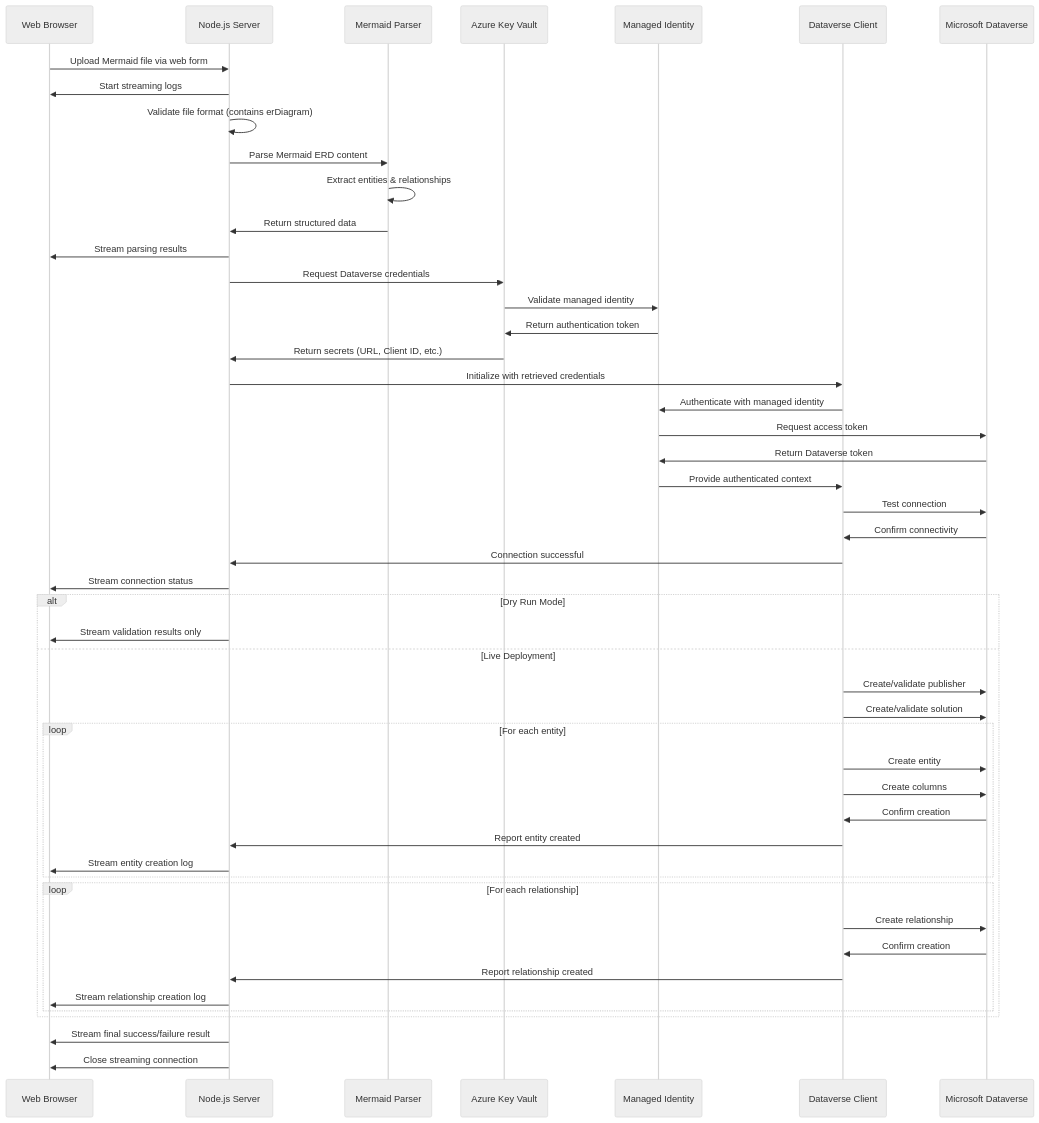
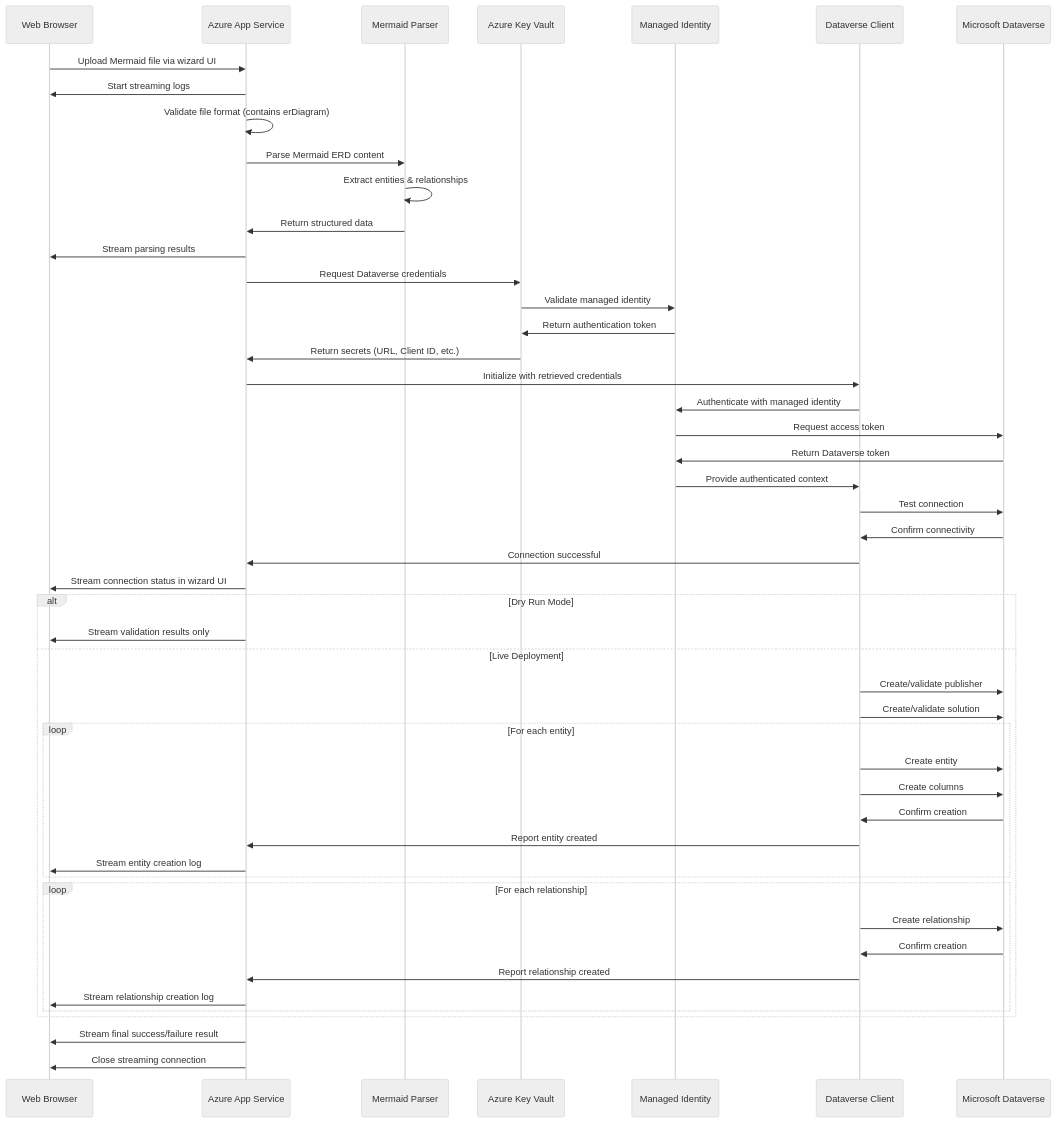
Before and after one commit to LuiseFreese/mermaid: the fifth of 6 diagrams in docs/DEVELOPER_ARCHITECTURE.md, drawn with Mermaid (neutral theme). The commit also changed other lines of this file and 15 other files, not shown here.

````diff
--- a/docs/DEVELOPER_ARCHITECTURE.md
+++ b/docs/DEVELOPER_ARCHITECTURE.md
@@ -555,59 +527,59 @@
 ```mermaid
 sequenceDiagram
     participant User as Web Browser
-    participant Server as Node.js Server
+    participant Server as Azure App Service
     participant Parser as Mermaid Parser
     participant KeyVault as Azure Key Vault
     participant MI as Managed Identity
     participant Client as Dataverse Client
     participant Dataverse as Microsoft Dataverse
 
-    User->>Server: Upload Mermaid file via web form
+    User->>Server: Upload Mermaid file via wizard UI
     Server->>User: Start streaming logs
     Server->>Server: Validate file format (contains erDiagram)
     Server->>Parser: Parse Mermaid ERD content
     Parser->>Parser: Extract entities & relationships
     Parser->>Server: Return structured data
     Server->>User: Stream parsing results
     
     Server->>KeyVault: Request Dataverse credentials
     KeyVault->>MI: Validate managed identity
     MI->>KeyVault: Return authentication token
     KeyVault->>Server: Return secrets (URL, Client ID, etc.)
     
     Server->>Client: Initialize with retrieved credentials
     Client->>MI: Authenticate with managed identity
     MI->>Dataverse: Request access token
     Dataverse->>MI: Return Dataverse token
     MI->>Client: Provide authenticated context
     
     Client->>Dataverse: Test connection
     Dataverse->>Client: Confirm connectivity
     Client->>Server: Connection successful
-    Server->>User: Stream connection status
+    Server->>User: Stream connection status in wizard UI
     
     alt Dry Run Mode
         Server->>User: Stream validation results only
     else Live Deployment
         Client->>Dataverse: Create/validate publisher
         Client->>Dataverse: Create/validate solution
         
         loop For each entity
             Client->>Dataverse: Create entity
             Client->>Dataverse: Create columns
             Dataverse->>Client: Confirm creation
             Client->>Server: Report entity created
             Server->>User: Stream entity creation log
         end
         
         loop For each relationship
             Client->>Dataverse: Create relationship
             Dataverse->>Client: Confirm creation
             Client->>Server: Report relationship created
             Server->>User: Stream relationship creation log
         end
     end
     
     Server->>User: Stream final success/failure result
     Server->>User: Close streaming connection
 ```
````
